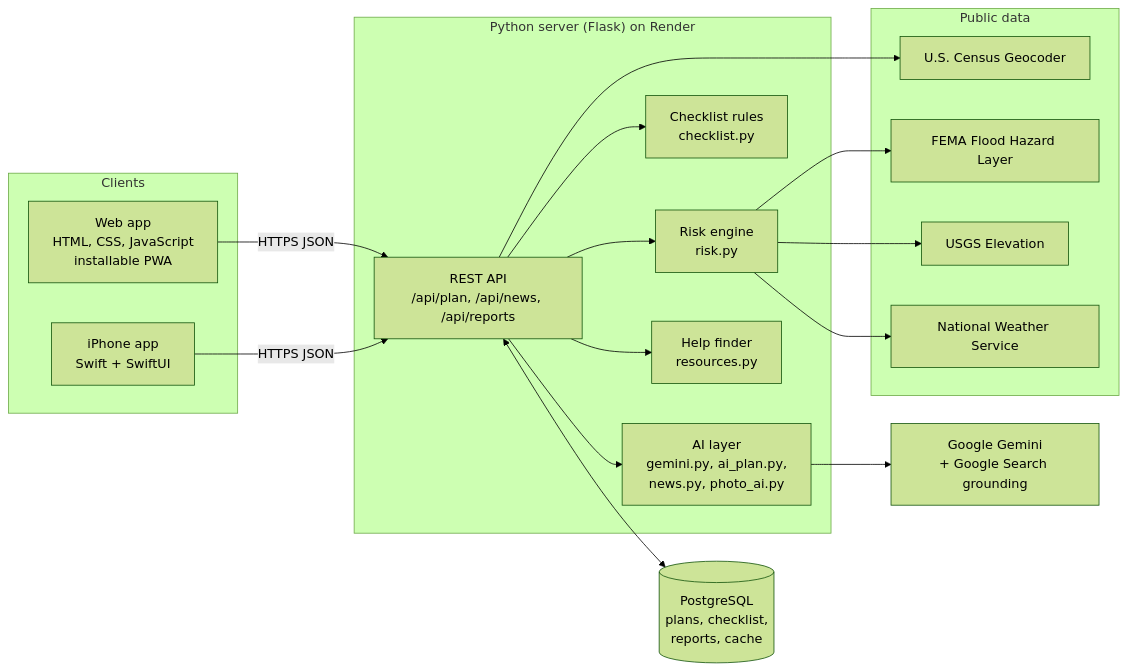
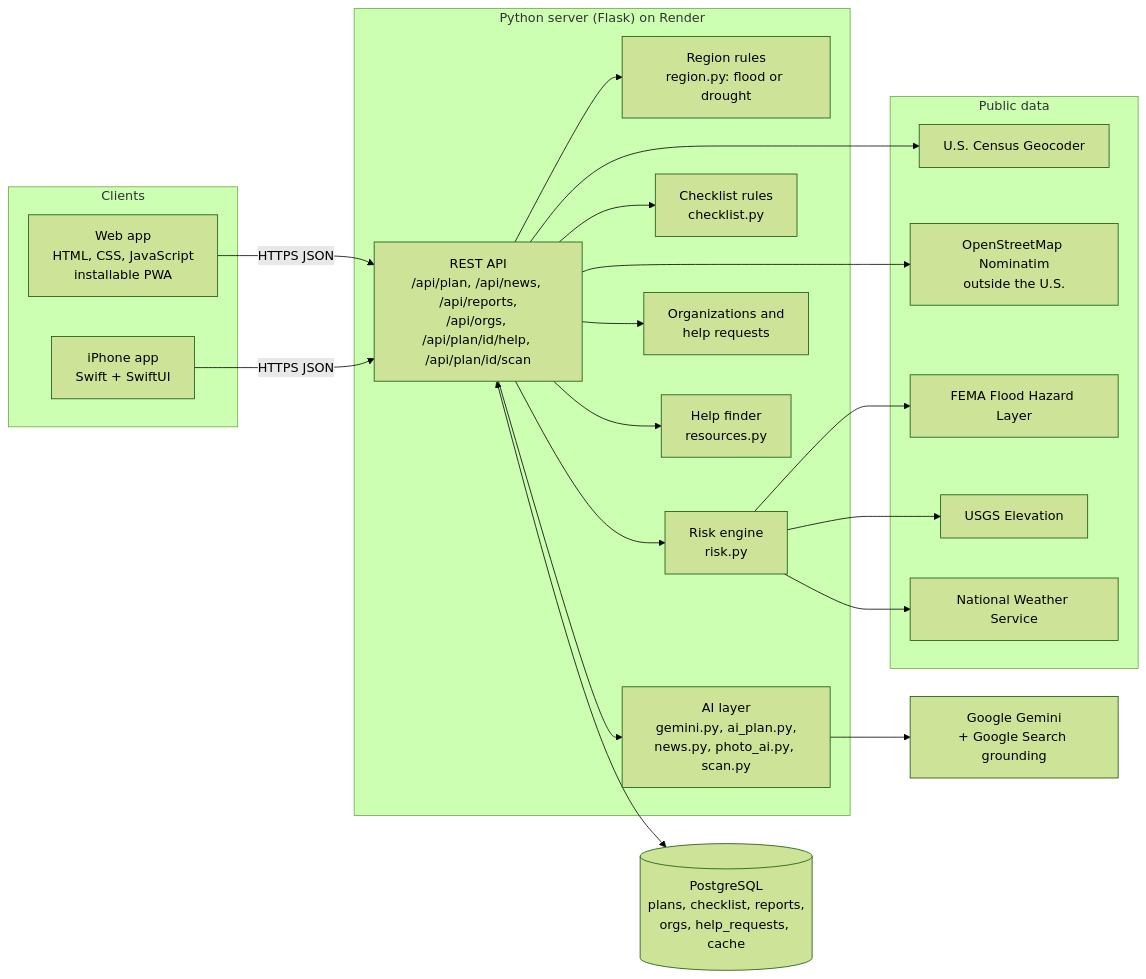
The diagram in docs/ARCHITECTURE.md (Jesika-sap/Swell), drawn with Mermaid (forest theme) before and after one commit. The commit also changed other lines of this file and 12 other files, not shown here.

First line of the commit message:
iPhone app: home or farm, farm details, AI Scan, region card, ask for help, organization dashboard; Mac setup guide; architecture update

````diff
--- a/docs/ARCHITECTURE.md
+++ b/docs/ARCHITECTURE.md
@@ -13,29 +15,32 @@
 ```mermaid
 flowchart LR
   subgraph Clients
     W[Web app<br/>HTML, CSS, JavaScript<br/>installable PWA]
     I[iPhone app<br/>Swift + SwiftUI]
   end
   subgraph Server["Python server (Flask) on Render"]
-    API[REST API<br/>/api/plan, /api/news, /api/reports]
+    API[REST API<br/>/api/plan, /api/news, /api/reports,<br/>/api/orgs, /api/plan/id/help, /api/plan/id/scan]
+    REG[Region rules<br/>region.py: flood or drought]
     R[Risk engine<br/>risk.py]
     C[Checklist rules<br/>checklist.py]
-    AI[AI layer<br/>gemini.py, ai_plan.py,<br/>news.py, photo_ai.py]
+    AI[AI layer<br/>gemini.py, ai_plan.py,<br/>news.py, photo_ai.py, scan.py]
+    O[Organizations and<br/>help requests]
     H[Help finder<br/>resources.py]
   end
-  DB[(PostgreSQL<br/>plans, checklist,<br/>reports, cache)]
+  DB[(PostgreSQL<br/>plans, checklist, reports,<br/>orgs, help_requests, cache)]
   subgraph Public data
     CEN[U.S. Census Geocoder]
+    OSM[OpenStreetMap Nominatim<br/>outside the U.S.]
     FEMA[FEMA Flood Hazard Layer]
     USGS[USGS Elevation]
     NWS[National Weather Service]
   end
   G[Google Gemini<br/>+ Google Search grounding]
   W -- HTTPS JSON --> API
   I -- HTTPS JSON --> API
-  API --> R & C & H & AI
+  API --> REG & R & C & H & AI & O
   API <--> DB
   R --> FEMA & USGS & NWS
-  API --> CEN
+  API --> CEN & OSM
   AI --> G
 ```
````
